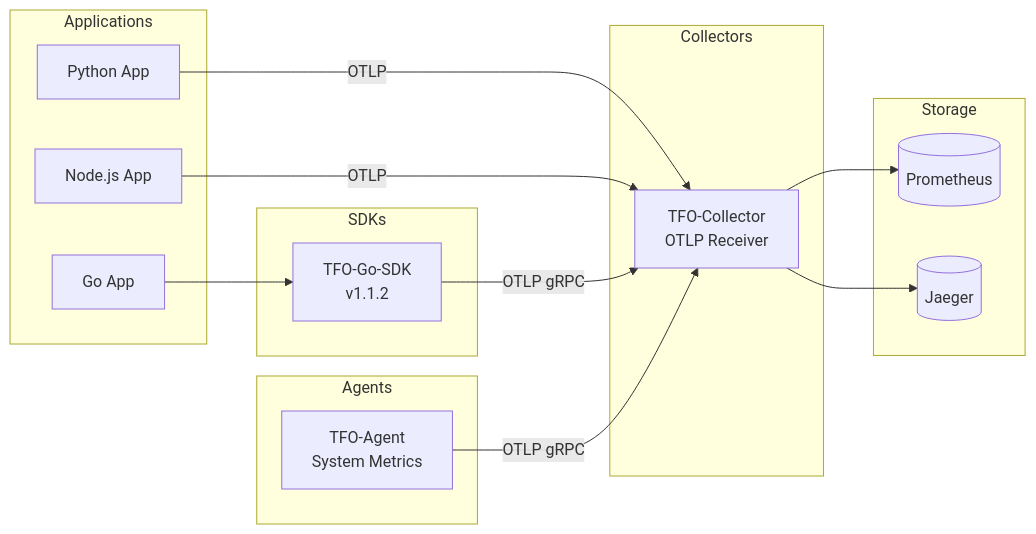
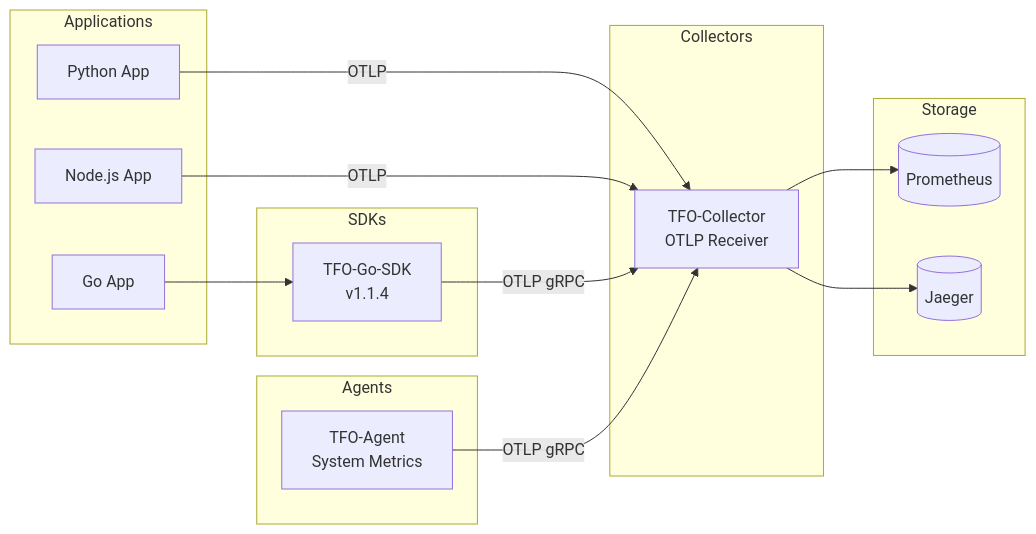
The second of 13 diagrams in docs/ARCHITECTURE.md (telemetryflow/telemetryflow-agent), drawn with Mermaid before and after one commit. The commit also changed other lines of this file and 10 other files, not shown here.

````diff
--- a/docs/ARCHITECTURE.md
+++ b/docs/ARCHITECTURE.md
@@ -53,33 +53,33 @@
 ```mermaid
 graph LR
     subgraph "Applications"
         APP1[Go App]
         APP2[Python App]
         APP3[Node.js App]
     end
 
     subgraph "SDKs"
-        SDK[TFO-Go-SDK<br/>v1.1.2]
+        SDK[TFO-Go-SDK<br/>v1.1.4]
     end
 
     subgraph "Agents"
         AGENT[TFO-Agent<br/>System Metrics]
     end
 
     subgraph "Collectors"
         COLL[TFO-Collector<br/>OTLP Receiver]
     end
 
     subgraph "Storage"
         PROM[(Prometheus)]
         JAEGER[(Jaeger)]
     end
 
     APP1 --> SDK
     APP2 -->|OTLP| COLL
     APP3 -->|OTLP| COLL
     SDK -->|OTLP gRPC| COLL
     AGENT -->|OTLP gRPC| COLL
     COLL --> PROM
     COLL --> JAEGER
 ```
````
